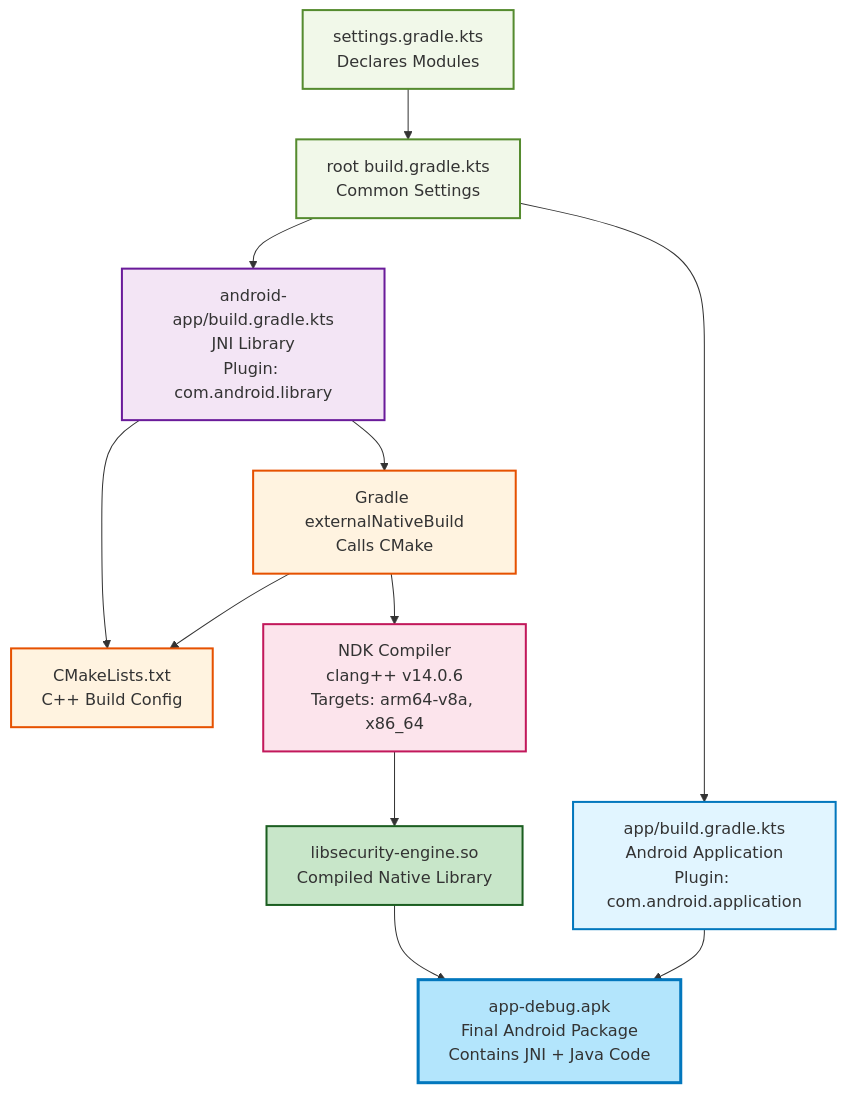
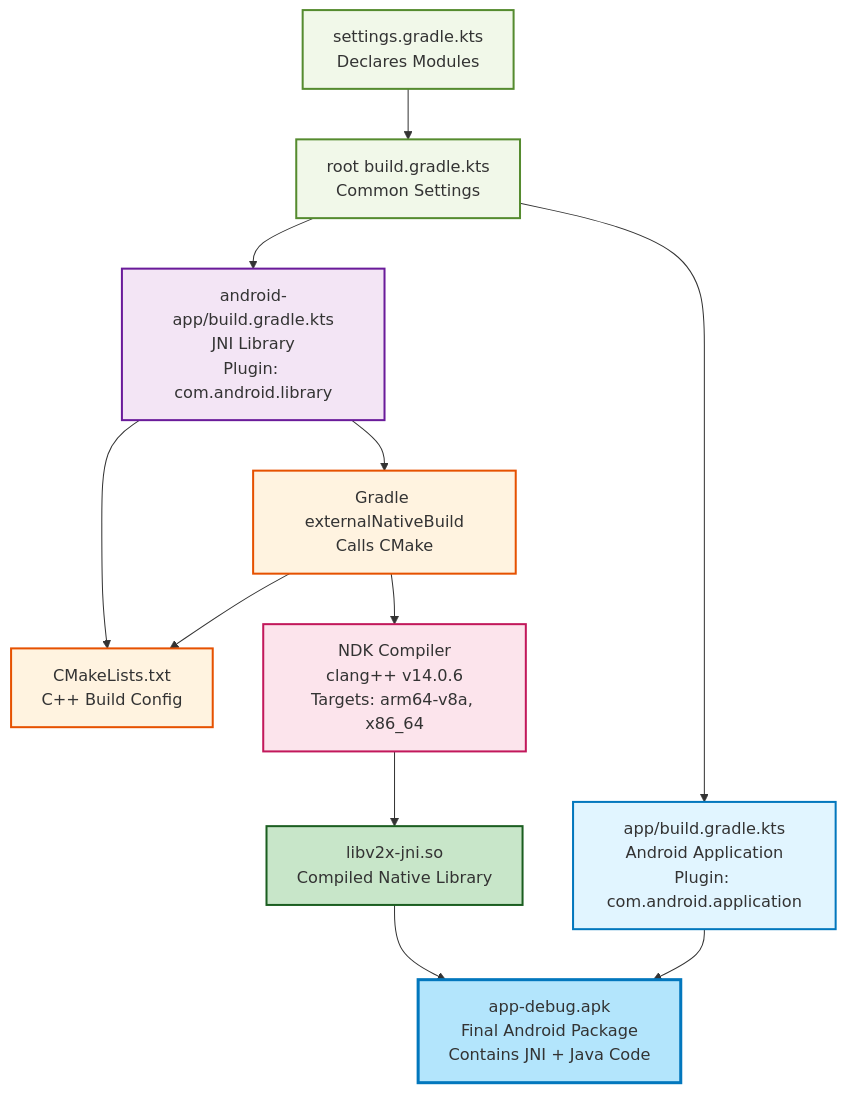
The sixth of 10 diagrams in docs/ARCHITECTURE-DIAGRAMS.md (Sudip-SenGupta/sentinel-v-v2x-bridge), drawn with Mermaid before and after one commit. The commit also changed other lines of this file and 11 other files, not shown here.

````diff
--- a/docs/ARCHITECTURE-DIAGRAMS.md
+++ b/docs/ARCHITECTURE-DIAGRAMS.md
@@ -198,38 +279,38 @@
 ```mermaid
 graph TD
     A["settings.gradle.kts<br/>Declares Modules"]
     B["root build.gradle.kts<br/>Common Settings"]
     
     C["app/build.gradle.kts<br/>Android Application<br/>Plugin: com.android.application"]
     D["android-app/build.gradle.kts<br/>JNI Library<br/>Plugin: com.android.library"]
     
     E["CMakeLists.txt<br/>C++ Build Config"]
     F["Gradle externalNativeBuild<br/>Calls CMake"]
     
     G["NDK Compiler<br/>clang++ v14.0.6<br/>Targets: arm64-v8a, x86_64"]
     
-    H["libsecurity-engine.so<br/>Compiled Native Library"]
+    H["libv2x-jni.so<br/>Compiled Native Library"]
     
     I["app-debug.apk<br/>Final Android Package<br/>Contains JNI + Java Code"]
     
     A --> B
     B --> C
     B --> D
     D --> E
     F --> E
     D --> F
     F --> G
     G --> H
     H --> I
     C --> I
     
     style A fill:#f1f8e9,stroke:#558b2f,stroke-width:2px
     style B fill:#f1f8e9,stroke:#558b2f,stroke-width:2px
     style C fill:#e1f5ff,stroke:#0277bd,stroke-width:2px
     style D fill:#f3e5f5,stroke:#6a1b9a,stroke-width:2px
     style E fill:#fff3e0,stroke:#e65100,stroke-width:2px
     style F fill:#fff3e0,stroke:#e65100,stroke-width:2px
     style G fill:#fce4ec,stroke:#c2185b,stroke-width:2px
     style H fill:#c8e6c9,stroke:#1b5e20,stroke-width:2px
     style I fill:#b3e5fc,stroke:#0277bd,stroke-width:3px
 ```
````
